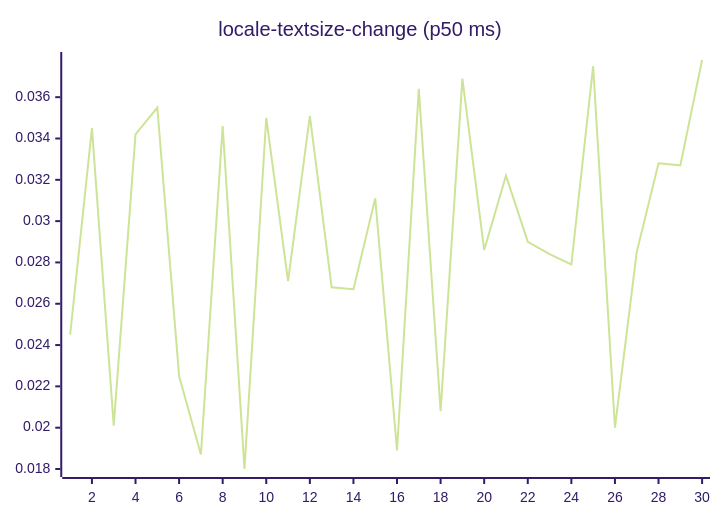
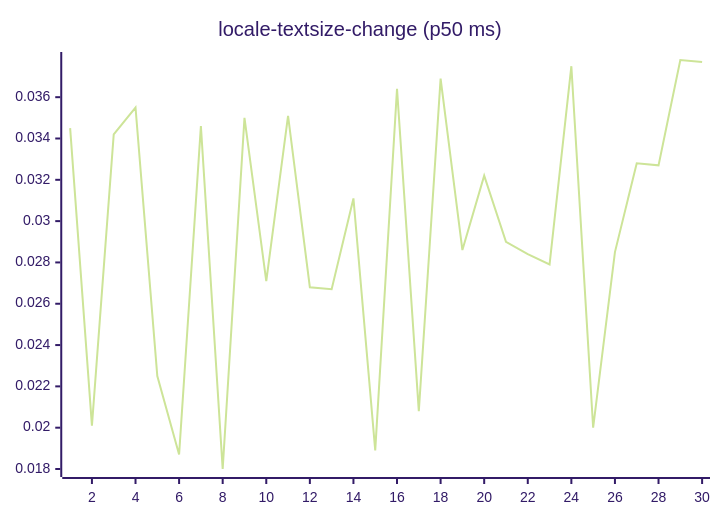
One commit to josha/Facet changed diagram 13 of 27 in README.md. Above: the diagram before and after it, drawn with Mermaid (forest theme). The commit also changed other lines of this file and 2 other files, not shown here.

````diff
--- a/README.md
+++ b/README.md
@@ -147,6 +147,6 @@
 ```mermaid
 xychart-beta
     title "locale-textsize-change (p50 ms)"
     x-axis 1 --> 30
-    line [0.0245, 0.0345, 0.0201, 0.0342, 0.0355, 0.0225, 0.0187, 0.0346, 0.0180, 0.0350, 0.0271, 0.0351, 0.0268, 0.0267, 0.0311, 0.0189, 0.0364, 0.0208, 0.0369, 0.0286, 0.0322, 0.0290, 0.0284, 0.0279, 0.0375, 0.0200, 0.0285, 0.0328, 0.0327, 0.0378]
+    line [0.0345, 0.0201, 0.0342, 0.0355, 0.0225, 0.0187, 0.0346, 0.0180, 0.0350, 0.0271, 0.0351, 0.0268, 0.0267, 0.0311, 0.0189, 0.0364, 0.0208, 0.0369, 0.0286, 0.0322, 0.0290, 0.0284, 0.0279, 0.0375, 0.0200, 0.0285, 0.0328, 0.0327, 0.0378, 0.0377]
 ```
````
